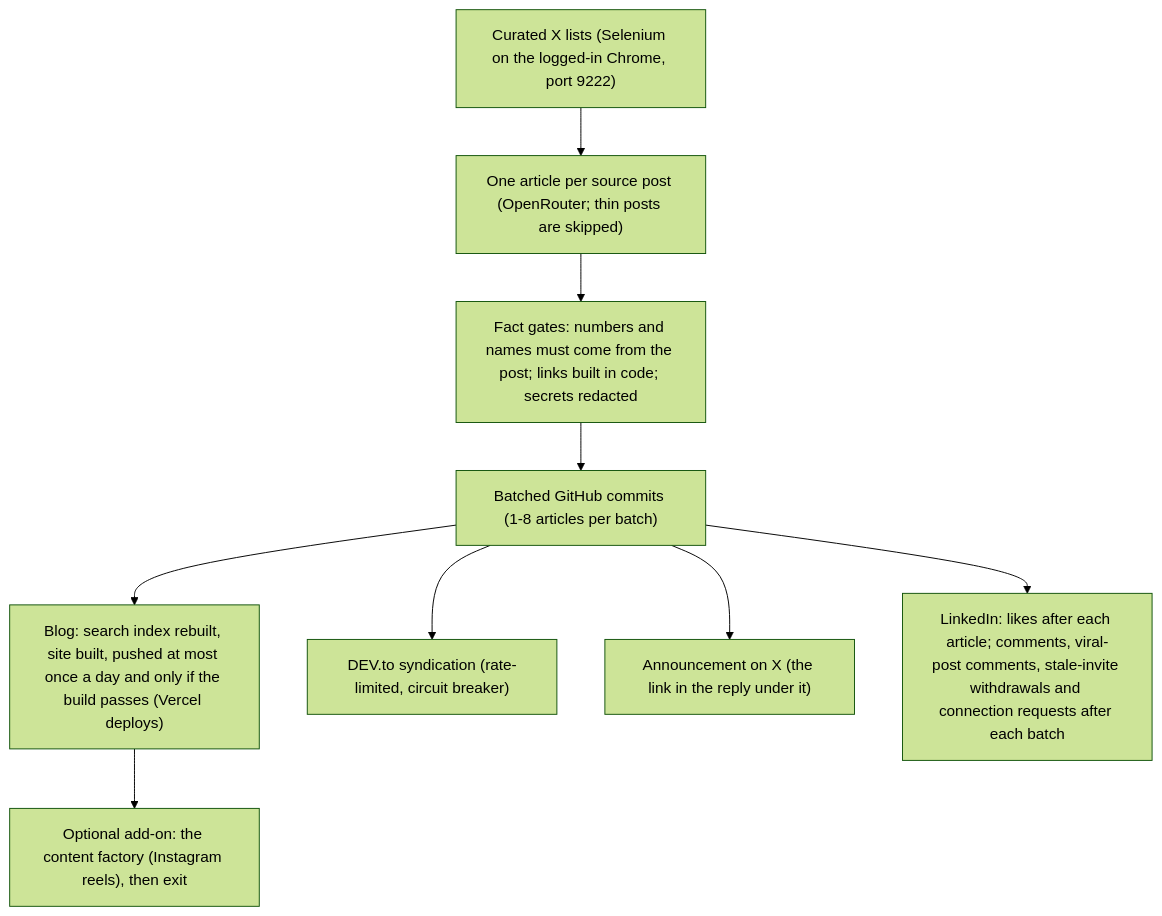
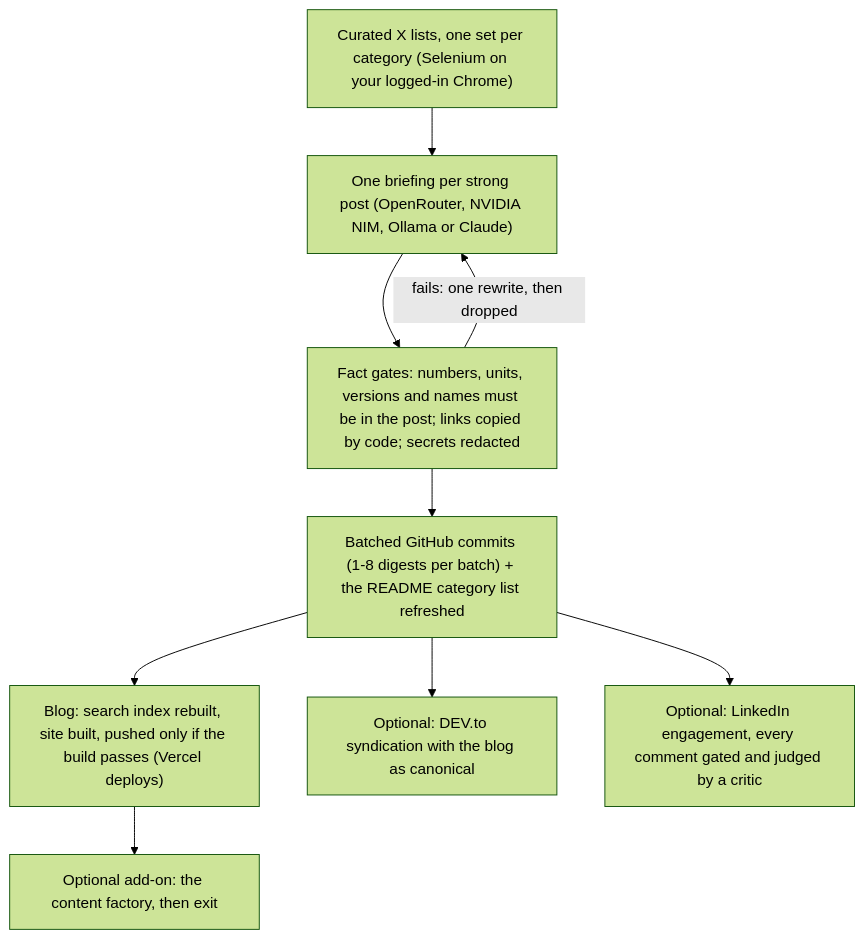
One commit to Drix10/ai-resources-pipeline changed the diagram in README.md. Above: the diagram before and after it, drawn with Mermaid (forest theme). The commit also changed other lines of this file and 2 other files, not shown here.

First line of the commit message:
Rebrand: the README brags with numbers the repos prove, the KB README keeps a live count

````diff
--- a/README.md
+++ b/README.md
@@ -14,11 +52,11 @@
 ```mermaid
 flowchart TD
-    A["Curated X lists (Selenium on the logged-in Chrome, port 9222)"] --> B["One article per source post (OpenRouter; thin posts are skipped)"]
-    B --> C["Fact gates: numbers and names must come from the post; links built in code; secrets redacted"]
-    C --> D["Batched GitHub commits (1-8 articles per batch)"]
-    D --> E["Blog: search index rebuilt, site built, pushed at most once a day and only if the build passes (Vercel deploys)"]
-    D --> F["DEV.to syndication (rate-limited, circuit breaker)"]
-    D --> G["Announcement on X (the link in the reply under it)"]
-    D --> H["LinkedIn: likes after each article; comments, viral-post comments, stale-invite withdrawals and connection requests after each batch"]
-    E --> I["Optional add-on: the content factory (Instagram reels), then exit"]
+    A["Curated X lists, one set per category (Selenium on your logged-in Chrome)"] --> B["One briefing per strong post (OpenRouter, NVIDIA NIM, Ollama or Claude)"]
+    B --> C["Fact gates: numbers, units, versions and names must be in the post; links copied by code; secrets redacted"]
+    C -->|"fails: one rewrite, then dropped"| B
+    C --> D["Batched GitHub commits (1-8 digests per batch) + the README category list refreshed"]
+    D --> E["Blog: search index rebuilt, site built, pushed only if the build passes (Vercel deploys)"]
+    D --> F["Optional: DEV.to syndication with the blog as canonical"]
+    D --> G["Optional: LinkedIn engagement, every comment gated and judged by a critic"]
+    E --> H["Optional add-on: the content factory, then exit"]
 ```
````
